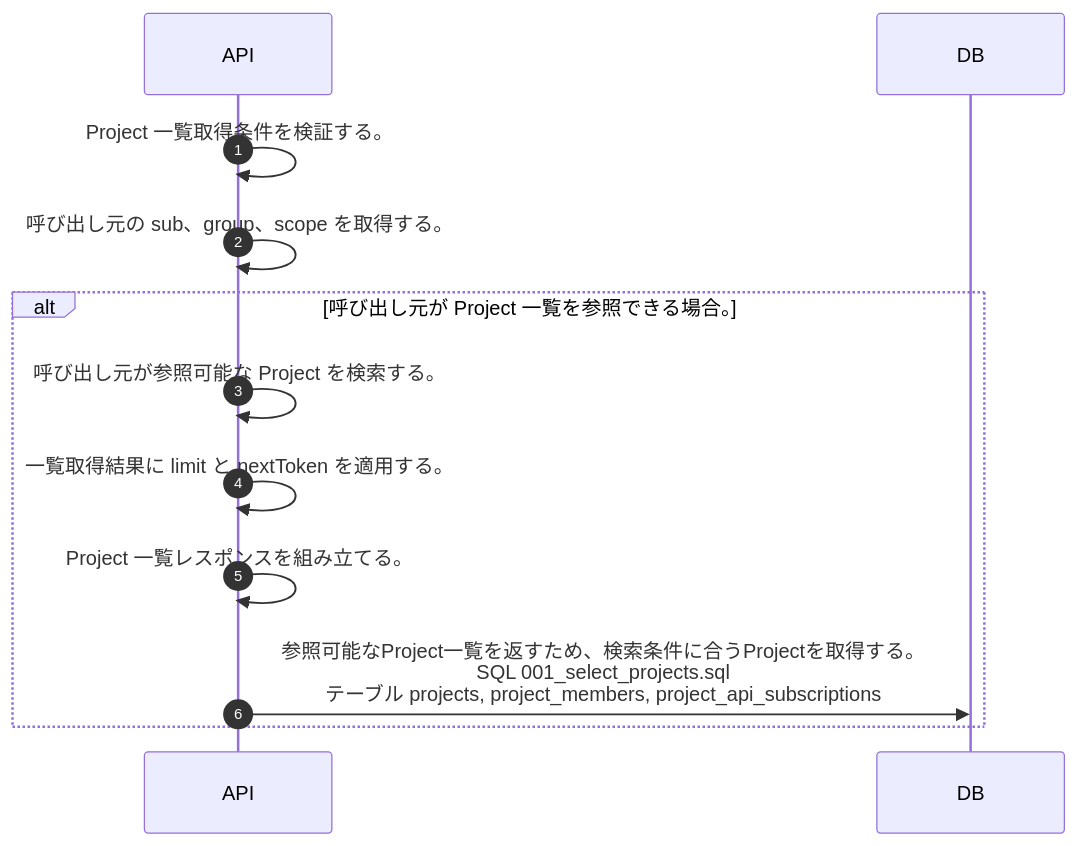
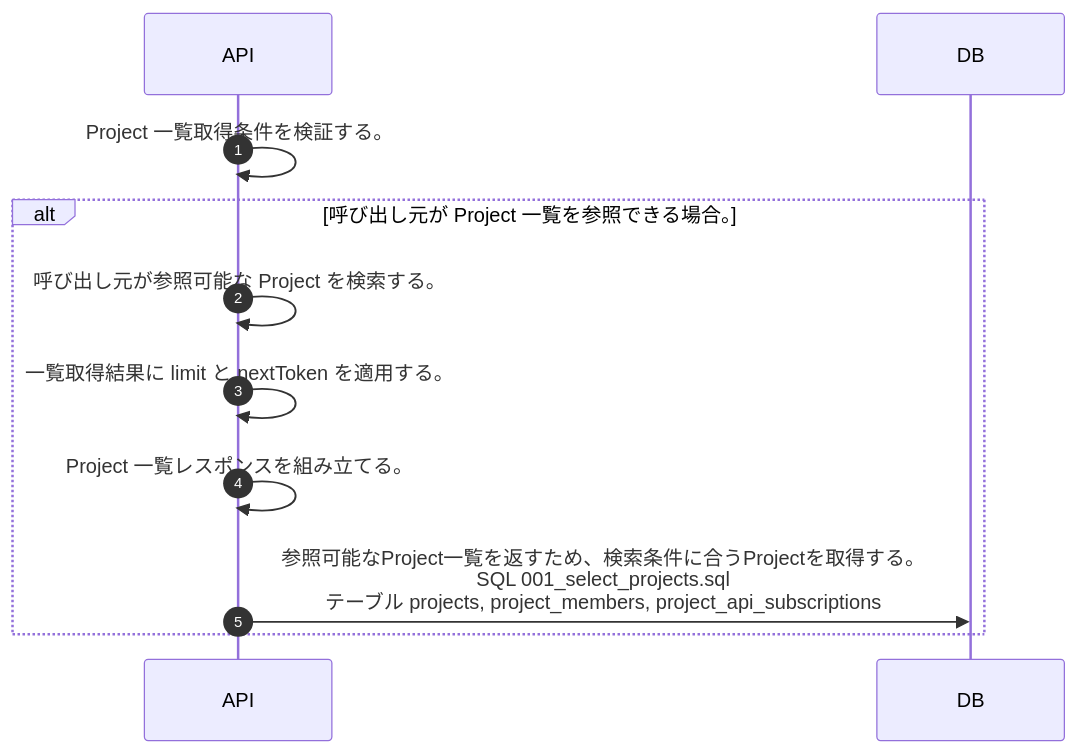
One commit to tsuji-tomonori/lazunex changed the diagram in docs/spec/40.apis/projects/list_projects/sequence_gen.md. Above: the diagram before and after it, drawn with Mermaid. The commit also changed 39 other files, not shown here.

Commit message:
✨ feat(api): sequence functions を実依存へ接続

````diff
--- a/docs/spec/40.apis/projects/list_projects/sequence_gen.md
+++ b/docs/spec/40.apis/projects/list_projects/sequence_gen.md
@@ -5,14 +5,13 @@
 ```mermaid
 sequenceDiagram
   autonumber
   participant API as API
   participant DB as DB
   API->>API: Project 一覧取得条件を検証する。
-  API->>API: 呼び出し元の sub、group、scope を取得する。
   alt 呼び出し元が Project 一覧を参照できる場合。
     API->>API: 呼び出し元が参照可能な Project を検索する。
     API->>API: 一覧取得結果に limit と nextToken を適用する。
     API->>API: Project 一覧レスポンスを組み立てる。
     API->>DB: 参照可能なProject一覧を返すため、検索条件に合うProjectを取得する。<br/>SQL 001_select_projects.sql<br/>テーブル projects, project_members, project_api_subscriptions
   end
 ```
````
